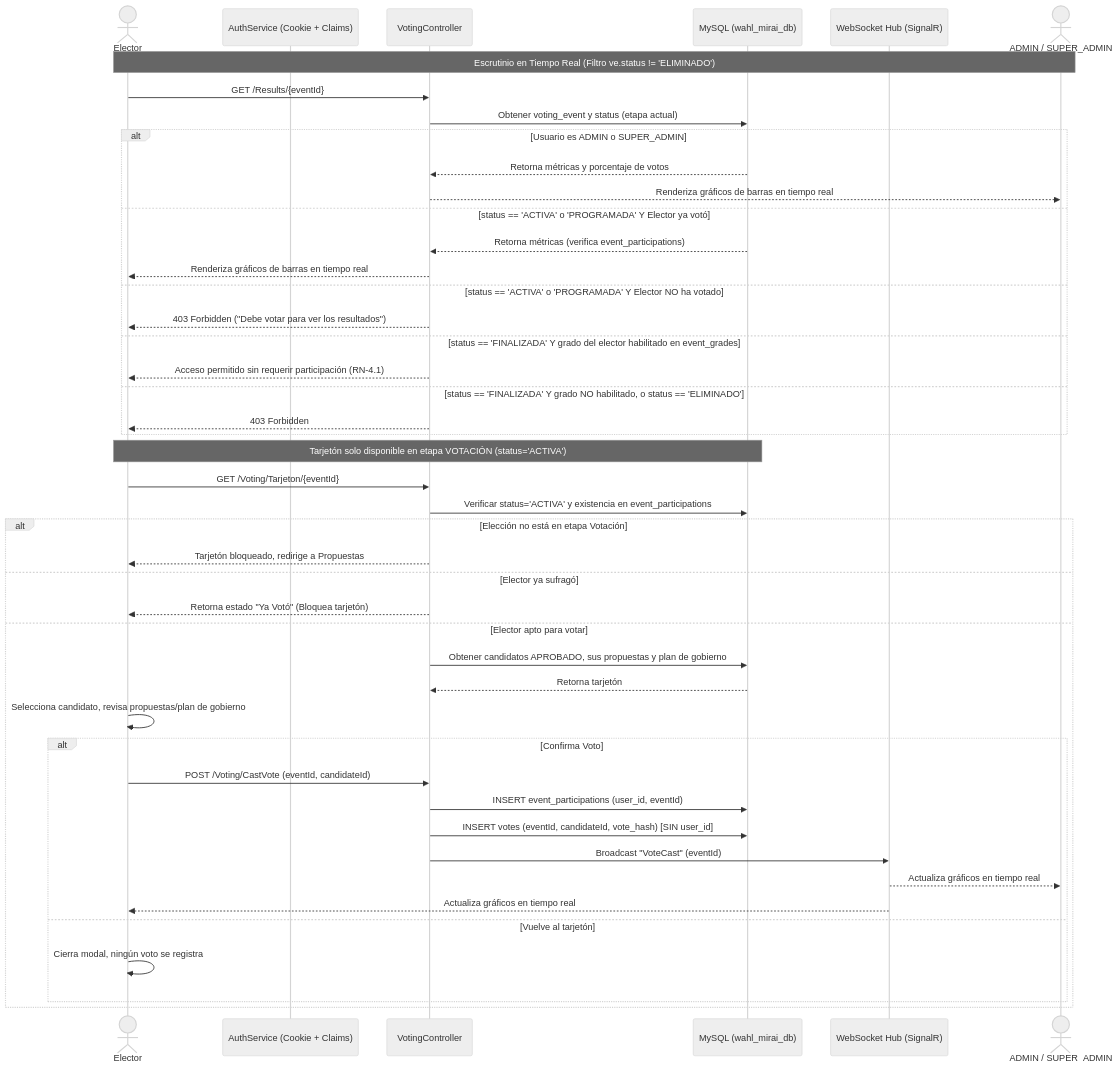
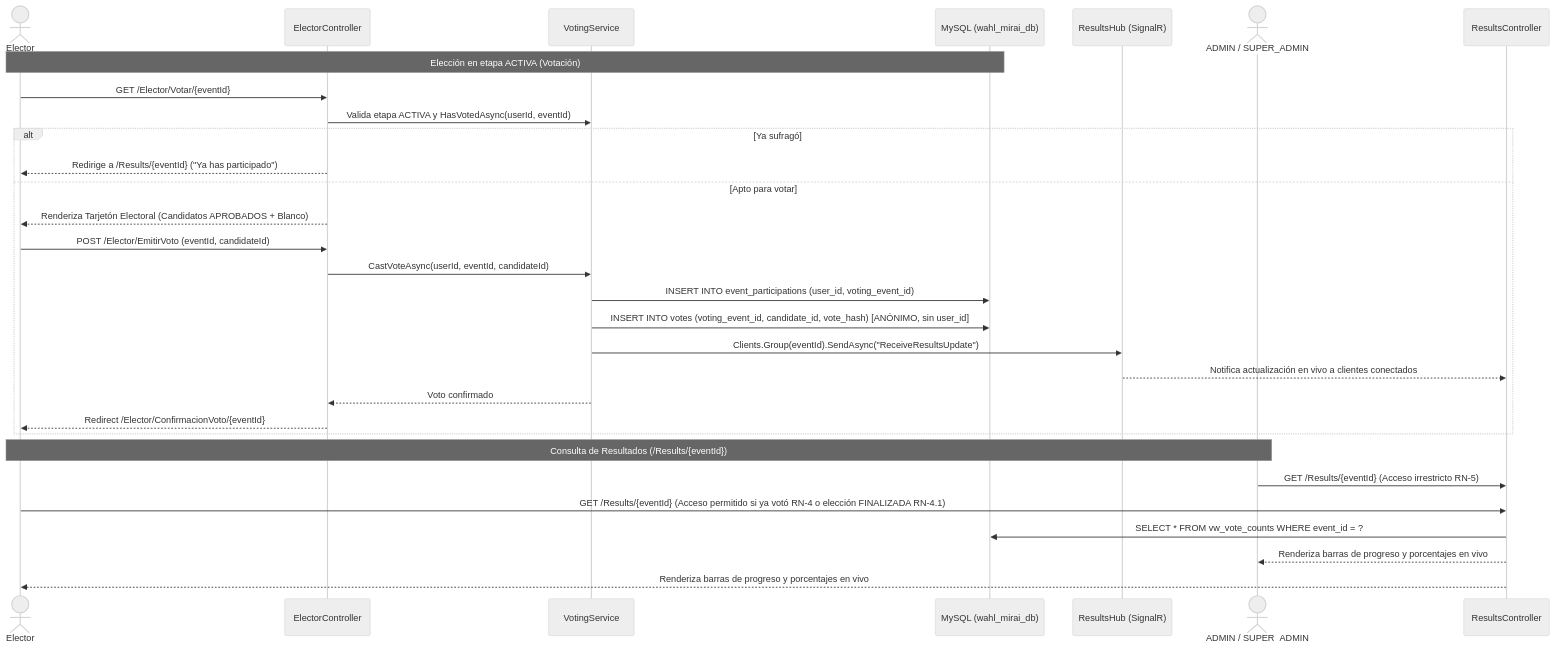
One commit to MrDeep24/WAHL-MIRAI changed the fifth of 5 diagrams in docs/Arquitectura_y_Diseno_v2_8.2.md. Above: the diagram before and after it, drawn with Mermaid (neutral theme). The commit also changed other lines of this file and 1 other file, not shown here.

Commit message:
Sincronización Integral de la Arquitectura de Software con la Implementación Web (v2.8.2)

````diff
--- a/docs/Arquitectura_y_Diseno_v2_8.2.md
+++ b/docs/Arquitectura_y_Diseno_v2_8.2.md
@@ -417,49 +512,34 @@
 ```mermaid
 sequenceDiagram
     actor Elector
-    participant Auth as AuthService (Cookie + Claims)
-    participant API as VotingController
+    participant Elec as ElectorController
+    participant VS as VotingService
     participant DB as MySQL (wahl_mirai_db)
-    participant WS as WebSocket Hub (SignalR)
+    participant Hub as ResultsHub (SignalR)
     actor Admin as ADMIN / SUPER_ADMIN
+    participant Res as ResultsController
 
-    Note over Elector, Admin: Escrutinio en Tiempo Real (Filtro ve.status != 'ELIMINADO')
-    Elector->>API: GET /Results/{eventId}
-    API->>DB: Obtener voting_event y status (etapa actual)
-    alt Usuario es ADMIN o SUPER_ADMIN
-        DB-->>API: Retorna métricas y porcentaje de votos
-        API-->>Admin: Renderiza gráficos de barras en tiempo real
-    else status == 'ACTIVA' o 'PROGRAMADA' Y Elector ya votó
-        DB-->>API: Retorna métricas (verifica event_participations)
-        API-->>Elector: Renderiza gráficos de barras en tiempo real
-    else status == 'ACTIVA' o 'PROGRAMADA' Y Elector NO ha votado
-        API-->>Elector: 403 Forbidden ("Debe votar para ver los resultados")
-    else status == 'FINALIZADA' Y grado del elector habilitado en event_grades
-        API-->>Elector: Acceso permitido sin requerir participación (RN-4.1)
-    else status == 'FINALIZADA' Y grado NO habilitado, o status == 'ELIMINADO'
-        API-->>Elector: 403 Forbidden
+    Note over Elector, DB: Elección en etapa ACTIVA (Votación)
+    Elector->>Elec: GET /Elector/Votar/{eventId}
+    Elec->>VS: Valida etapa ACTIVA y HasVotedAsync(userId, eventId)
+    alt Ya sufragó
+        Elec-->>Elector: Redirige a /Results/{eventId} ("Ya has participado")
+    else Apto para votar
+        Elec-->>Elector: Renderiza Tarjetón Electoral (Candidatos APROBADOS + Blanco)
+        Elector->>Elec: POST /Elector/EmitirVoto (eventId, candidateId)
+        Elec->>VS: CastVoteAsync(userId, eventId, candidateId)
+        VS->>DB: INSERT INTO event_participations (user_id, voting_event_id)
+        VS->>DB: INSERT INTO votes (voting_event_id, candidate_id, vote_hash) [ANÓNIMO, sin user_id]
+        VS->>Hub: Clients.Group(eventId).SendAsync("ReceiveResultsUpdate")
+        Hub-->>Res: Notifica actualización en vivo a clientes conectados
+        VS-->>Elec: Voto confirmado
+        Elec-->>Elector: Redirect /Elector/ConfirmacionVoto/{eventId}
     end
 
-    Note over Elector, DB: Tarjetón solo disponible en etapa VOTACIÓN (status='ACTIVA')
-    Elector->>API: GET /Voting/Tarjeton/{eventId}
-    API->>DB: Verificar status='ACTIVA' y existencia en event_participations
-    alt Elección no está en etapa Votación
-        API-->>Elector: Tarjetón bloqueado, redirige a Propuestas
-    else Elector ya sufragó
-        API-->>Elector: Retorna estado "Ya Votó" (Bloquea tarjetón)
-    else Elector apto para votar
-        API->>DB: Obtener candidatos APROBADO, sus propuestas y plan de gobierno
-        DB-->>API: Retorna tarjetón
-        Elector->>Elector: Selecciona candidato, revisa propuestas/plan de gobierno
-        alt Confirma Voto
-            Elector->>API: POST /Voting/CastVote (eventId, candidateId)
-            API->>DB: INSERT event_participations (user_id, eventId)
-            API->>DB: INSERT votes (eventId, candidateId, vote_hash) [SIN user_id]
-            API->>WS: Broadcast "VoteCast" (eventId)
-            WS-->>Admin: Actualiza gráficos en tiempo real
-            WS-->>Elector: Actualiza gráficos en tiempo real
-        else Vuelve al tarjetón
-            Elector->>Elector: Cierra modal, ningún voto se registra
-        end
-    end
+    Note over Admin, Elector: Consulta de Resultados (/Results/{eventId})
+    Admin->>Res: GET /Results/{eventId} (Acceso irrestricto RN-5)
+    Elector->>Res: GET /Results/{eventId} (Acceso permitido si ya votó RN-4 o elección FINALIZADA RN-4.1)
+    Res->>DB: SELECT * FROM vw_vote_counts WHERE event_id = ?
+    Res-->>Admin: Renderiza barras de progreso y porcentajes en vivo
+    Res-->>Elector: Renderiza barras de progreso y porcentajes en vivo
 ```
````
